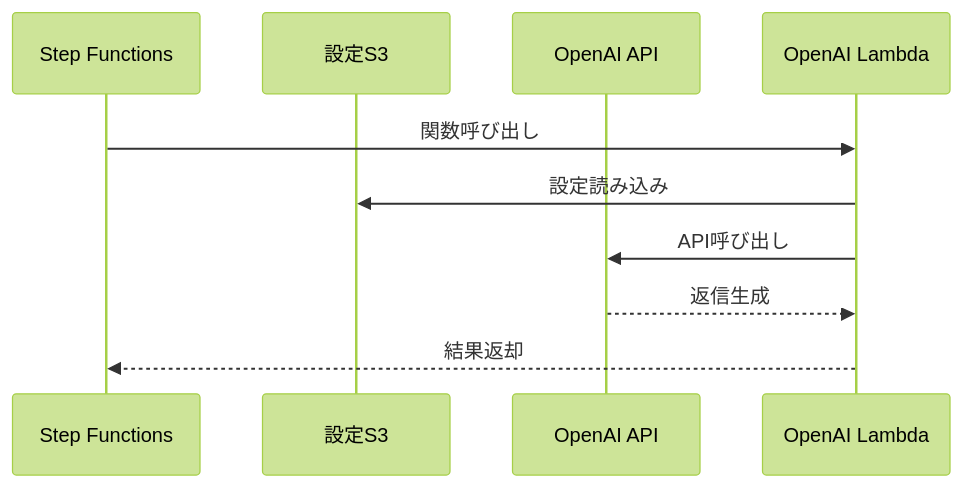
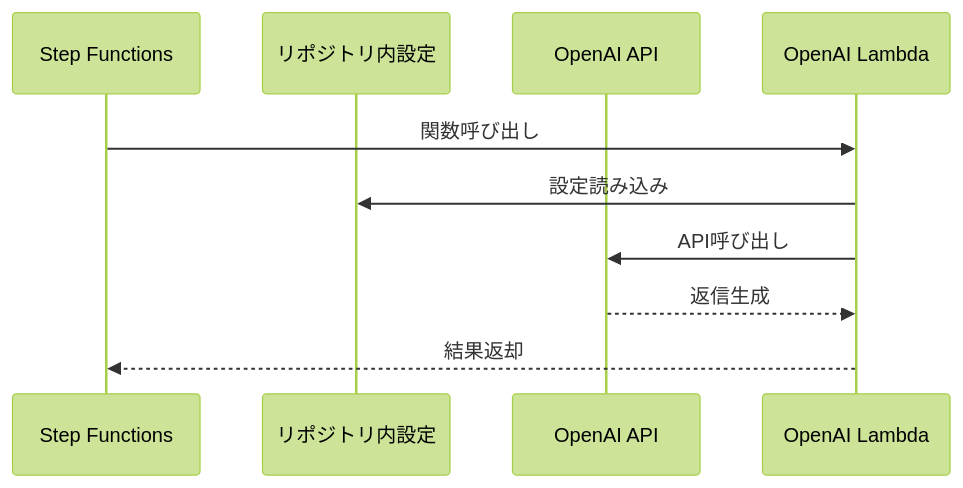
Before and after one commit to motemen/ai-mail-pal: the third of 4 diagrams in DESIGN.md, drawn with Mermaid (forest theme). The commit also changed other lines of this file and 5 other files, not shown here.

````diff
--- a/DESIGN.md
+++ b/DESIGN.md
@@ -65,13 +68,13 @@
    ```mermaid
    sequenceDiagram
        participant SF as Step Functions
-       participant Config as 設定S3
+       participant Config as リポジトリ内設定
        participant OpenAI as OpenAI API
        participant Lambda as OpenAI Lambda
        
        SF->>Lambda: 関数呼び出し
        Lambda->>Config: 設定読み込み
        Lambda->>OpenAI: API呼び出し
        OpenAI-->>Lambda: 返信生成
        Lambda-->>SF: 結果返却
    ```
````
